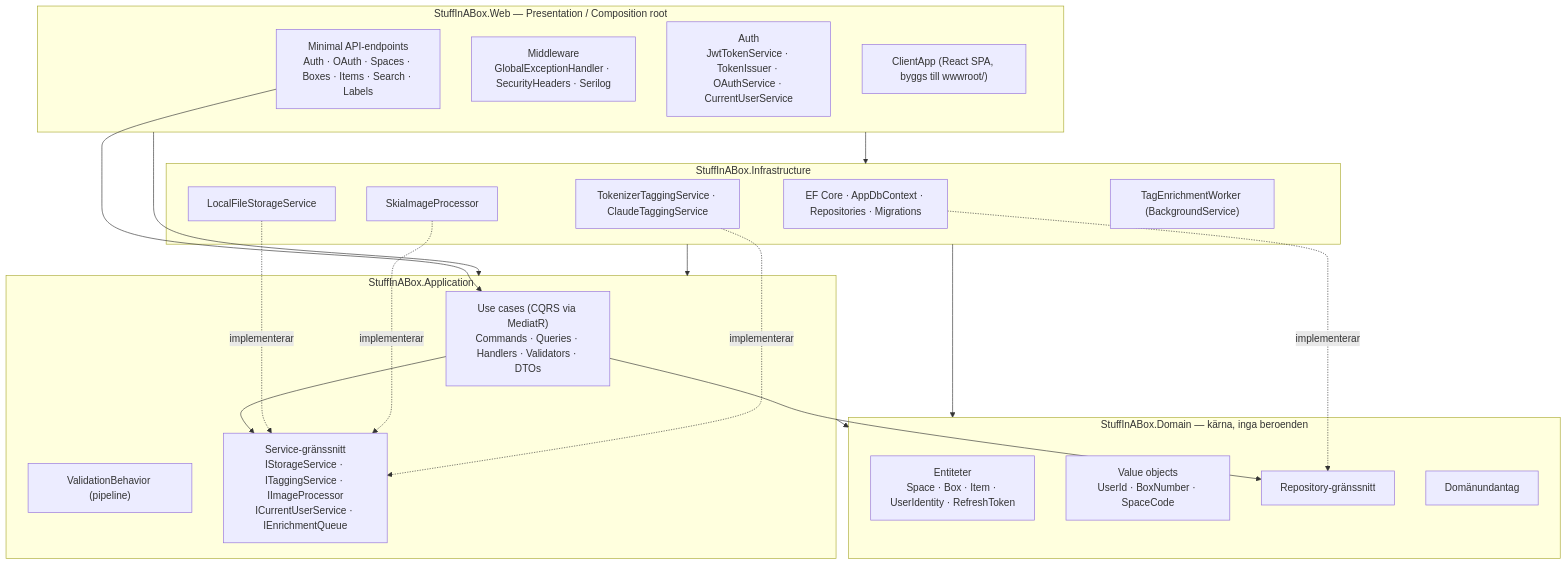
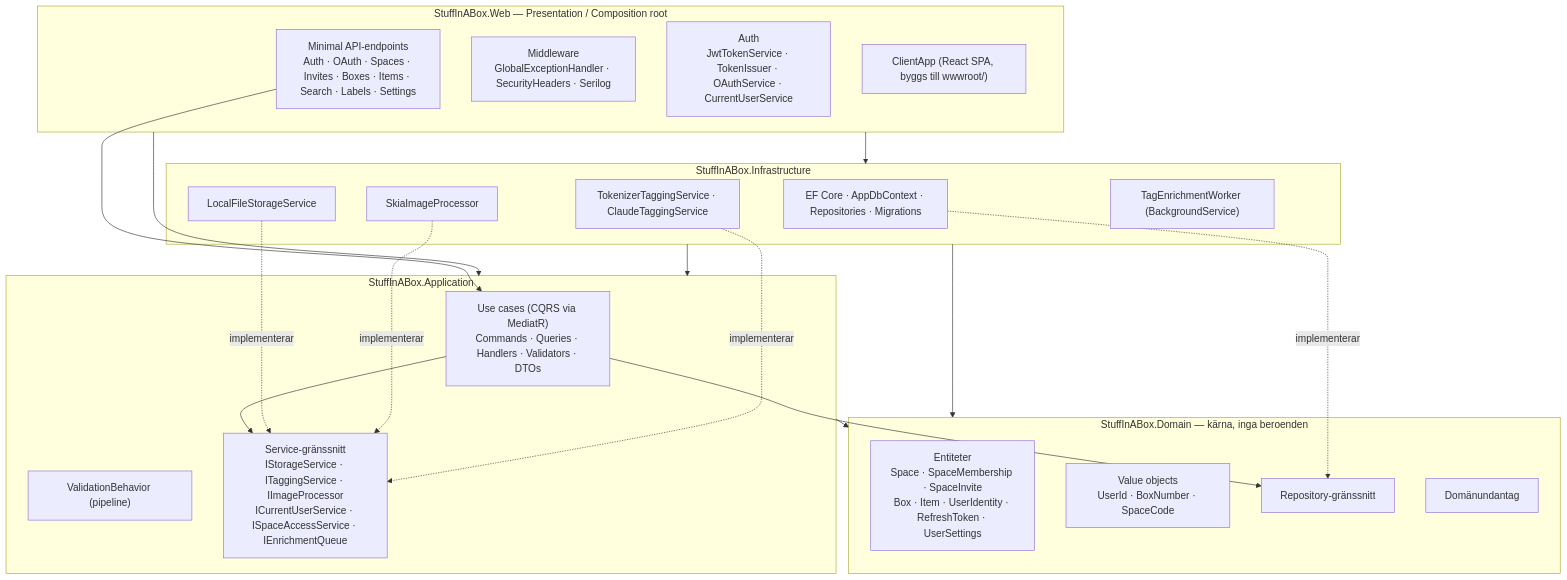
One commit to antfolkarn/Stuff_In_A_Box changed the first of 5 diagrams in docs/ARCHITECTURE.md. Above: the diagram before and after it, drawn with Mermaid. The commit also changed other lines of this file and 2 other files, not shown here.

````diff
--- a/docs/ARCHITECTURE.md
+++ b/docs/ARCHITECTURE.md
@@ -13,44 +13,44 @@
 ```mermaid
 flowchart TD
     subgraph Web["StuffInABox.Web — Presentation / Composition root"]
-        EP["Minimal API-endpoints<br/>Auth · OAuth · Spaces · Boxes · Items · Search · Labels"]
+        EP["Minimal API-endpoints<br/>Auth · OAuth · Spaces · Invites · Boxes · Items · Search · Labels · Settings"]
         MW["Middleware<br/>GlobalExceptionHandler · SecurityHeaders · Serilog"]
         AUTH["Auth<br/>JwtTokenService · TokenIssuer · OAuthService · CurrentUserService"]
         SPA["ClientApp (React SPA, byggs till wwwroot/)"]
     end
 
     subgraph Infra["StuffInABox.Infrastructure"]
         EF["EF Core · AppDbContext · Repositories · Migrations"]
         STORE["LocalFileStorageService"]
         IMG["SkiaImageProcessor"]
         TAG["TokenizerTaggingService · ClaudeTaggingService"]
         WORKER["TagEnrichmentWorker (BackgroundService)"]
     end
 
     subgraph App["StuffInABox.Application"]
         UC["Use cases (CQRS via MediatR)<br/>Commands · Queries · Handlers · Validators · DTOs"]
         BEH["ValidationBehavior (pipeline)"]
-        IF["Service-gränssnitt<br/>IStorageService · ITaggingService · IImageProcessor<br/>ICurrentUserService · IEnrichmentQueue"]
+        IF["Service-gränssnitt<br/>IStorageService · ITaggingService · IImageProcessor<br/>ICurrentUserService · ISpaceAccessService · IEnrichmentQueue"]
     end
 
     subgraph Domain["StuffInABox.Domain — kärna, inga beroenden"]
-        ENT["Entiteter<br/>Space · Box · Item · UserIdentity · RefreshToken"]
+        ENT["Entiteter<br/>Space · SpaceMembership · SpaceInvite<br/>Box · Item · UserIdentity · RefreshToken · UserSettings"]
         VO["Value objects<br/>UserId · BoxNumber · SpaceCode"]
         REPO["Repository-gränssnitt"]
         EXC["Domänundantag"]
     end
 
     Web --> App
     Web --> Infra
     Infra --> App
     App --> Domain
     Infra --> Domain
 
     EP --> UC
     UC --> IF
     UC --> REPO
     EF -. implementerar .-> REPO
     STORE -. implementerar .-> IF
     IMG -. implementerar .-> IF
     TAG -. implementerar .-> IF
 ```
````
